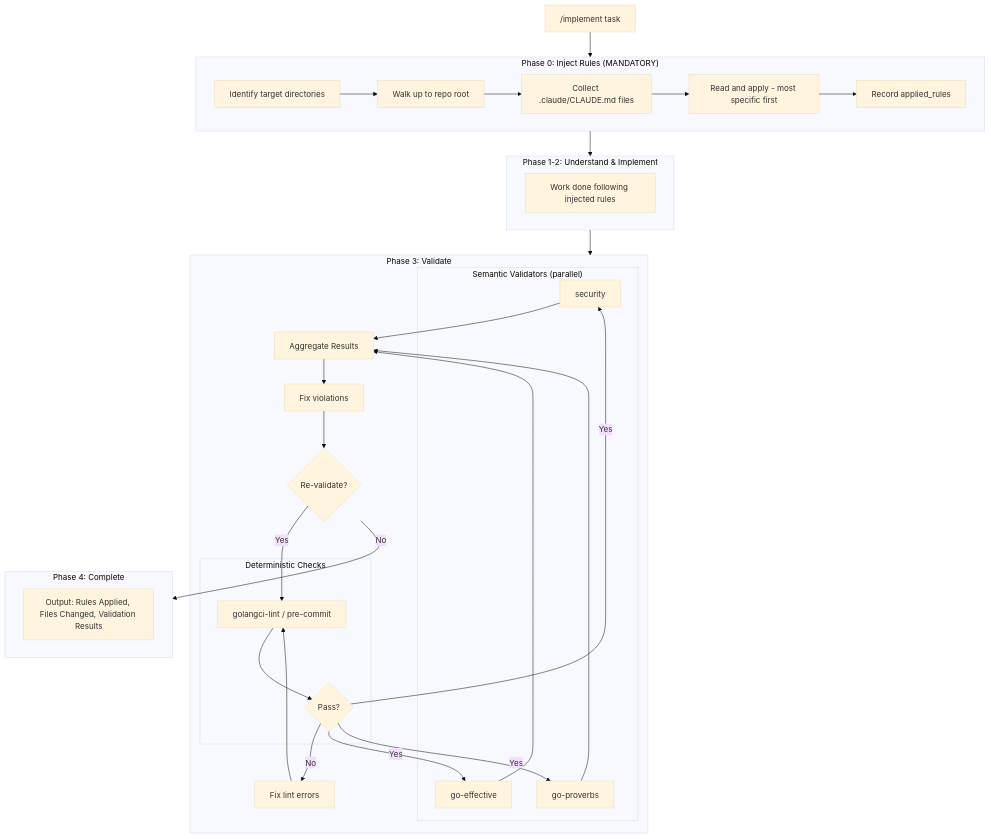
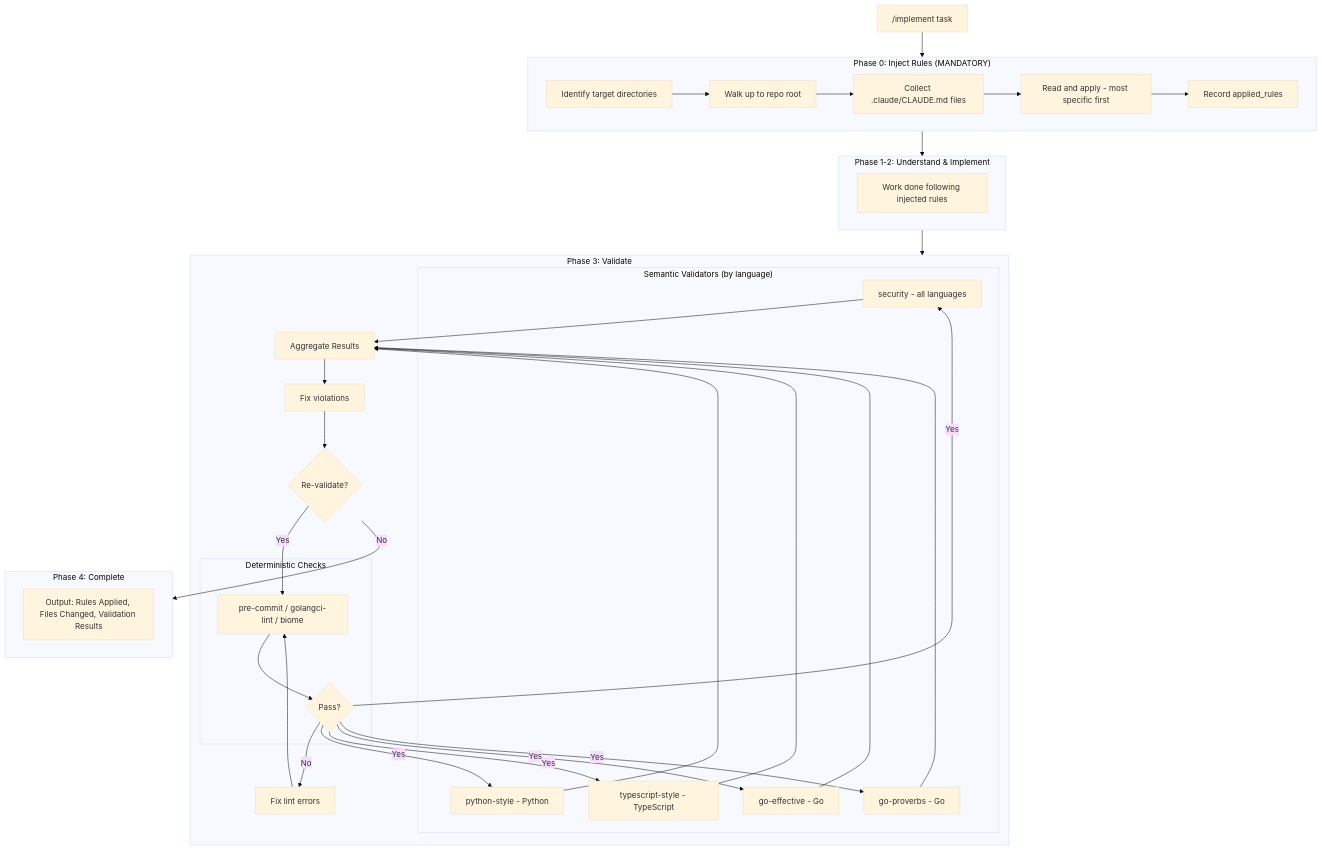
Before and after one commit to peteski22/claude-pragma: the second of 5 diagrams in ARCHITECTURE.md, drawn with Mermaid (base theme). The commit also changed other lines of this file and 8 other files, not shown here.

First line of the commit message:
Add Python and TypeScript language rules with reference configs

````diff
--- a/ARCHITECTURE.md
+++ b/ARCHITECTURE.md
@@ -71,50 +72,52 @@
 ```mermaid
 flowchart TD
     subgraph Phase0["Phase 0: Inject Rules (MANDATORY)"]
         P0A[Identify target directories]
         P0B[Walk up to repo root]
         P0C[Collect .claude/CLAUDE.md files]
         P0D[Read and apply - most specific first]
         P0E[Record applied_rules]
         P0A --> P0B --> P0C --> P0D --> P0E
     end
 
     subgraph Phase12["Phase 1-2: Understand & Implement"]
         P12[Work done following injected rules]
     end
 
     subgraph Phase3["Phase 3: Validate"]
         subgraph Deterministic["Deterministic Checks"]
-            Lint[golangci-lint / pre-commit]
+            Lint[pre-commit / golangci-lint / biome]
             LintFail{Pass?}
             Lint --> LintFail
         end
 
-        subgraph Semantic["Semantic Validators (parallel)"]
-            V1[security]
-            V2[go-effective]
-            V3[go-proverbs]
+        subgraph Semantic["Semantic Validators (by language)"]
+            SecVal[security - all languages]
+            PyVal[python-style - Python]
+            TSVal[typescript-style - TypeScript]
+            GoEff[go-effective - Go]
+            GoProv[go-proverbs - Go]
         end
 
         Agg[Aggregate Results]
         Fix[Fix violations]
         ReVal{Re-validate?}
 
         LintFail -->|No| FixLint[Fix lint errors]
         FixLint --> Lint
-        LintFail -->|Yes| V1 & V2 & V3
-        V1 & V2 & V3 --> Agg
+        LintFail -->|Yes| SecVal & PyVal & TSVal & GoEff & GoProv
+        SecVal & PyVal & TSVal & GoEff & GoProv --> Agg
         Agg --> Fix
         Fix --> ReVal
         ReVal -->|Yes| Lint
     end
 
     subgraph Phase4["Phase 4: Complete"]
         Output[Output: Rules Applied, Files Changed, Validation Results]
     end
 
     Start["/implement task"] --> Phase0
     Phase0 --> Phase12
     Phase12 --> Phase3
     ReVal -->|No| Phase4
 ```
````
